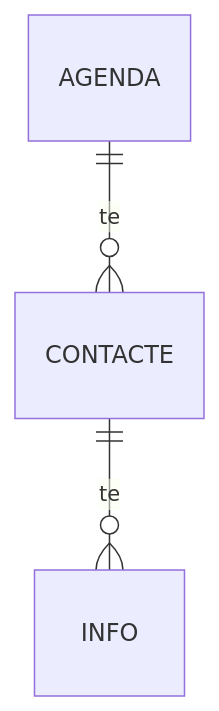
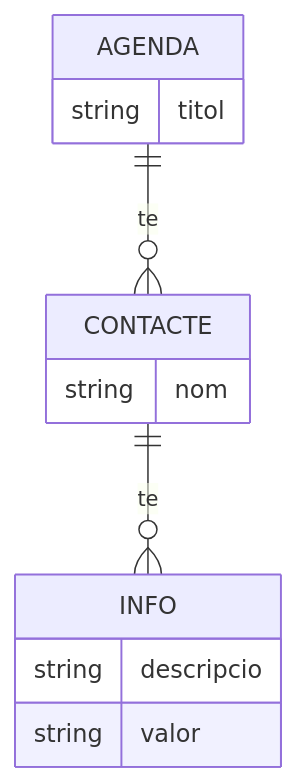
The diagram in README.md (gerardfp/rnd), drawn with Mermaid before and after one commit.

````diff
--- a/README.md
+++ b/README.md
@@ -3,5 +3,18 @@
 ```mermaid
 erDiagram
   AGENDA ||--o{ CONTACTE : te
   CONTACTE ||--o{ INFO : te
+  
+  AGENDA {
+    string titol
+  }
+  
+  CONTACTE {
+    string nom
+  }
+  
+  INFO {
+    string descripcio
+    string valor
+  }
 ```
````
